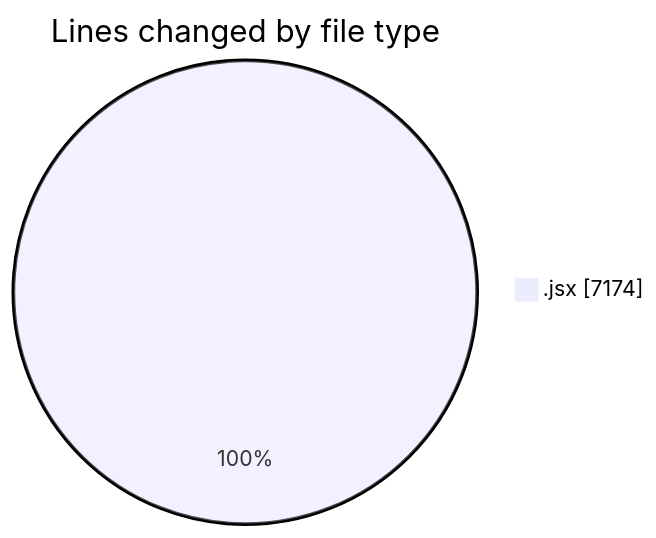
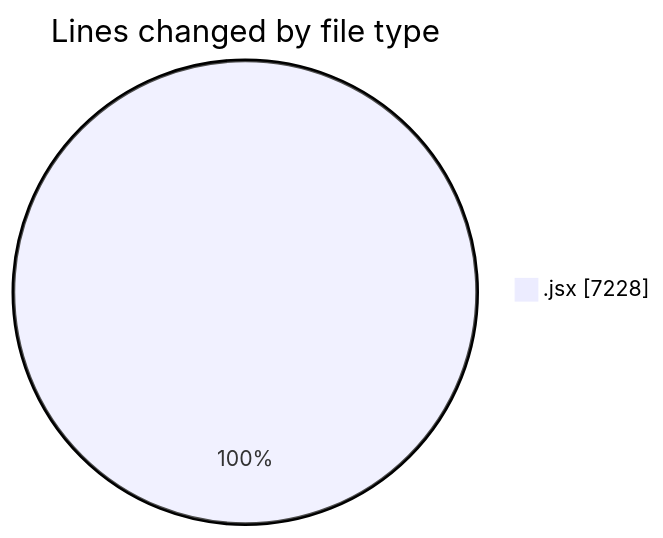
Before and after one commit to nxtqubesakshisongat/code-tracking: the first of 2 diagrams in 2025-05-14/argos-dev/README.md, drawn with Mermaid. The commit also changed other lines of this file and 1 other file, not shown here.

````diff
--- a/2025-05-14/argos-dev/README.md
+++ b/2025-05-14/argos-dev/README.md
@@ -28,5 +28,5 @@
 ```mermaid
 pie showData
 title Lines changed by file type
-".jsx" : 7174
+".jsx" : 7228
 ```
````
